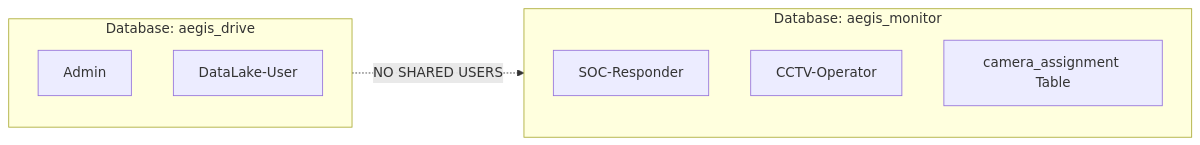
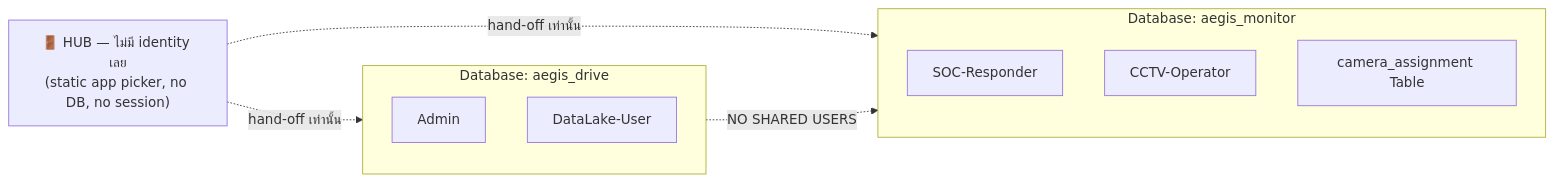
The diagram in Obsidian_AEGIS_Vault/AEGIS_Knowledge/concepts/Identity_Decoupling.md (kraveerachat/Project-End-The-AEGIS), drawn with Mermaid before and after one commit. The commit also changed other lines of this file and 27 other files, not shown here.

````diff
--- a/Obsidian_AEGIS_Vault/AEGIS_Knowledge/concepts/Identity_Decoupling.md
+++ b/Obsidian_AEGIS_Vault/AEGIS_Knowledge/concepts/Identity_Decoupling.md
@@ -18,15 +18,19 @@
 ```mermaid
 graph LR
     subgraph DriveDB [Database: aegis_drive]
         AdminRole["Admin"]
         UserRole["DataLake-User"]
     end
 
     subgraph MonitorDB [Database: aegis_monitor]
         SOCRole["SOC-Responder"]
         OpRole["CCTV-Operator"]
         CamAssign["camera_assignment Table"]
     end
 
+    HubNote["🚪 HUB — ไม่มี identity เลย<br/>(static app picker, no DB, no session)"]
+
+    HubNote -.->|hand-off เท่านั้น| DriveDB
+    HubNote -.->|hand-off เท่านั้น| MonitorDB
     DriveDB -.->|NO SHARED USERS| MonitorDB
 ```
````
